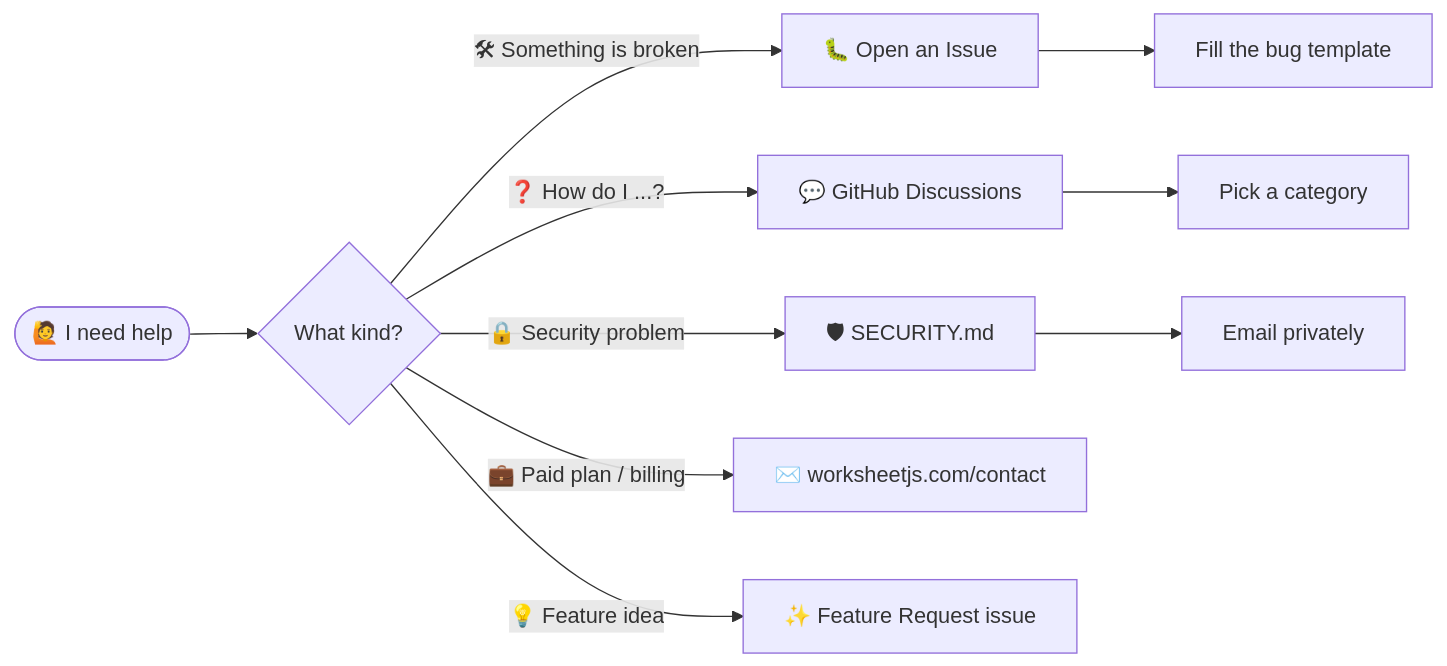
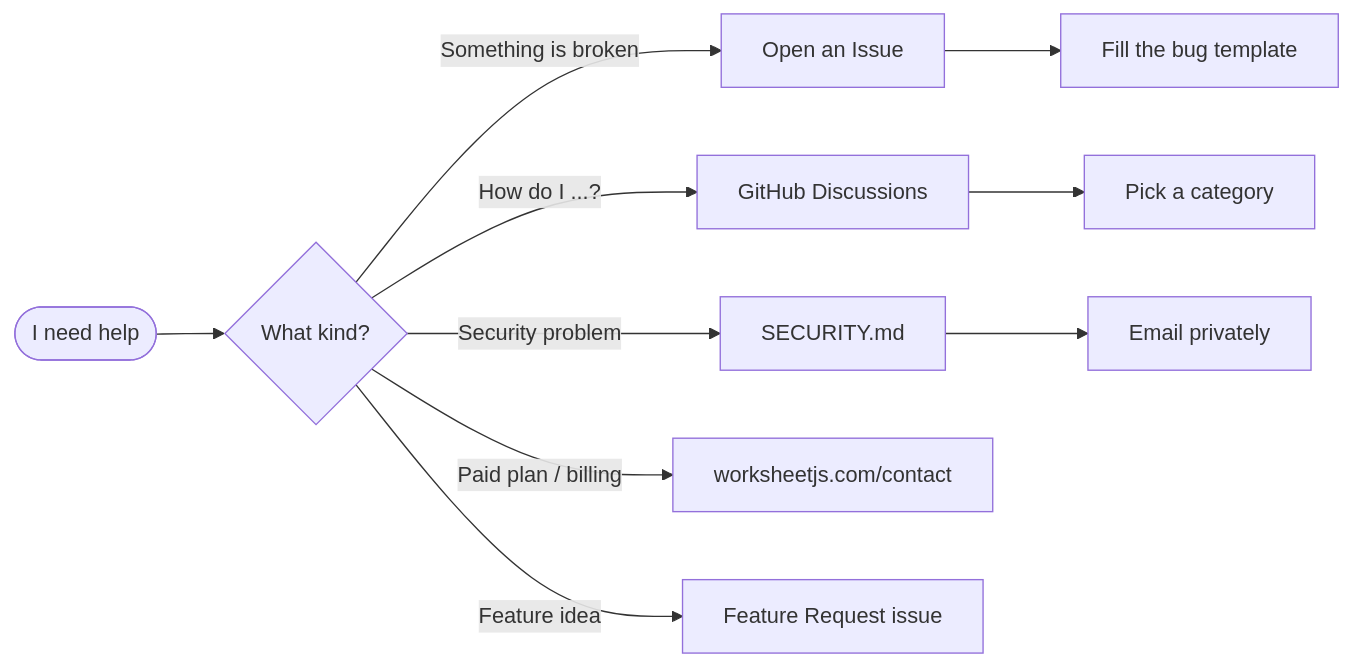
One commit to worksheetjs/worksheetjs-community changed the diagram in README.md. Above: the diagram before and after it, drawn with Mermaid. The commit also changed other lines of this file and 8 other files, not shown here.

````diff
--- a/README.md
+++ b/README.md
@@ -199,12 +297,12 @@
 ```mermaid
 flowchart LR
-    A([🙋 I need help]) --> B{What kind?}
-    B -->|🛠 Something is broken| C[🐛 Open an Issue]
-    B -->|❓ How do I ...?| D[💬 GitHub Discussions]
-    B -->|🔒 Security problem| E[🛡 SECURITY.md]
-    B -->|💼 Paid plan / billing| F[✉️ worksheetjs.com/contact]
-    B -->|💡 Feature idea| G[✨ Feature Request issue]
+    A([I need help]) --> B{What kind?}
+    B -->|Something is broken| C[Open an Issue]
+    B -->|How do I ...?| D[GitHub Discussions]
+    B -->|Security problem| E[SECURITY.md]
+    B -->|Paid plan / billing| F[worksheetjs.com/contact]
+    B -->|Feature idea| G[Feature Request issue]
     C --> H[Fill the bug template]
     D --> I[Pick a category]
     E --> J[Email privately]
 ```
````
